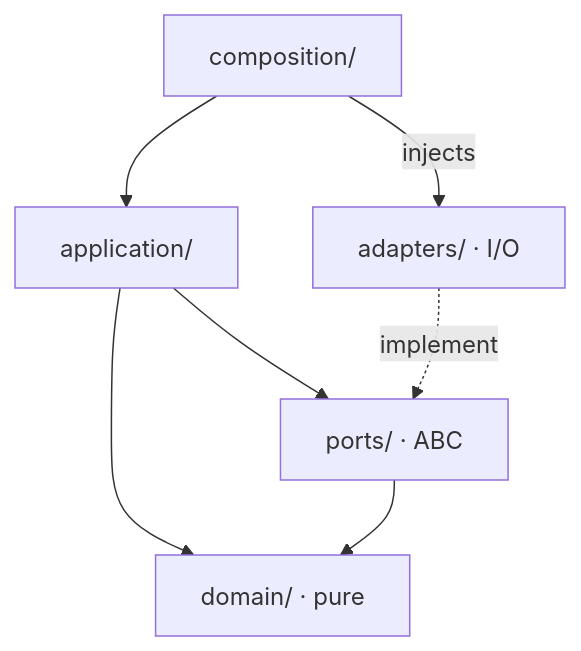
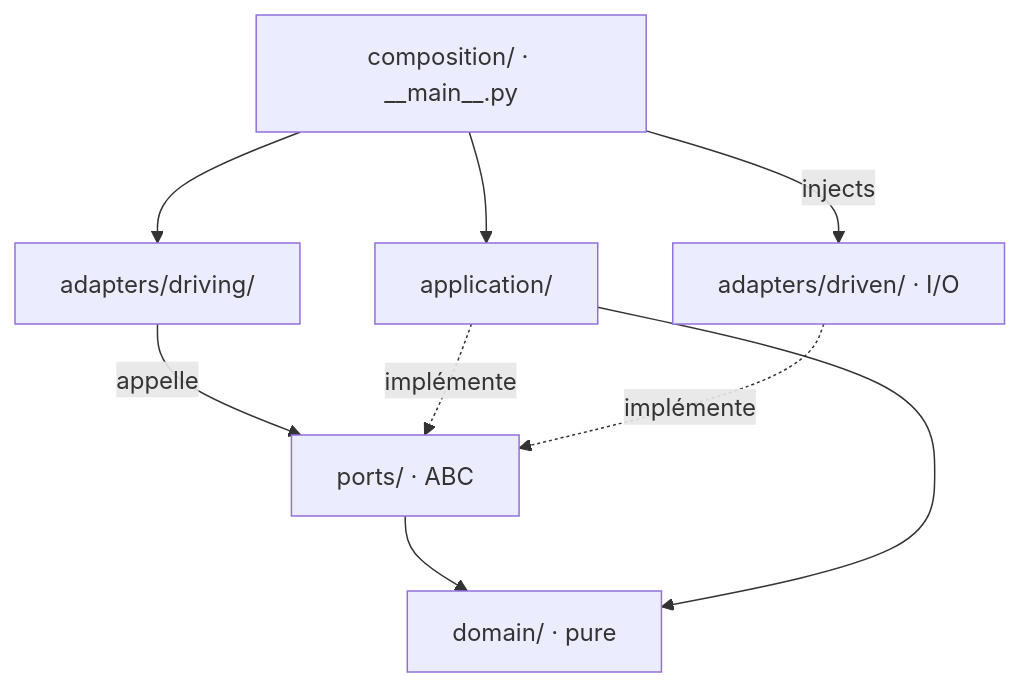
Before and after one commit to mission-titar/p2pwatch: the fourth of 12 diagrams in docs/contributing/architecture.md, drawn with Mermaid. The commit also changed other lines of this file and 4 other files, not shown here.

````diff
--- a/docs/contributing/architecture.md
+++ b/docs/contributing/architecture.md
@@ -152,15 +169,18 @@
 ```mermaid
 flowchart TB
-  comp["composition/"]
+  comp["composition/ · __main__.py"]
+  drivingAdp["adapters/driving/"]
   appl["application/"]
+  ports["ports/ · ABC"]
   dom["domain/ · pure"]
-  ports["ports/ · ABC"]
-  adp["adapters/ · I/O"]
+  drivenAdp["adapters/driven/ · I/O"]
 
+  comp --> drivingAdp
   comp --> appl
+  comp -->|injects| drivenAdp
+  drivingAdp -->|appelle| ports
+  appl -.->|implémente| ports
+  drivenAdp -.->|implémente| ports
+  ports --> dom
   appl --> dom
-  appl --> ports
-  ports --> dom
-  comp -->|injects| adp
-  adp -.->|implement| ports
 ```
````
